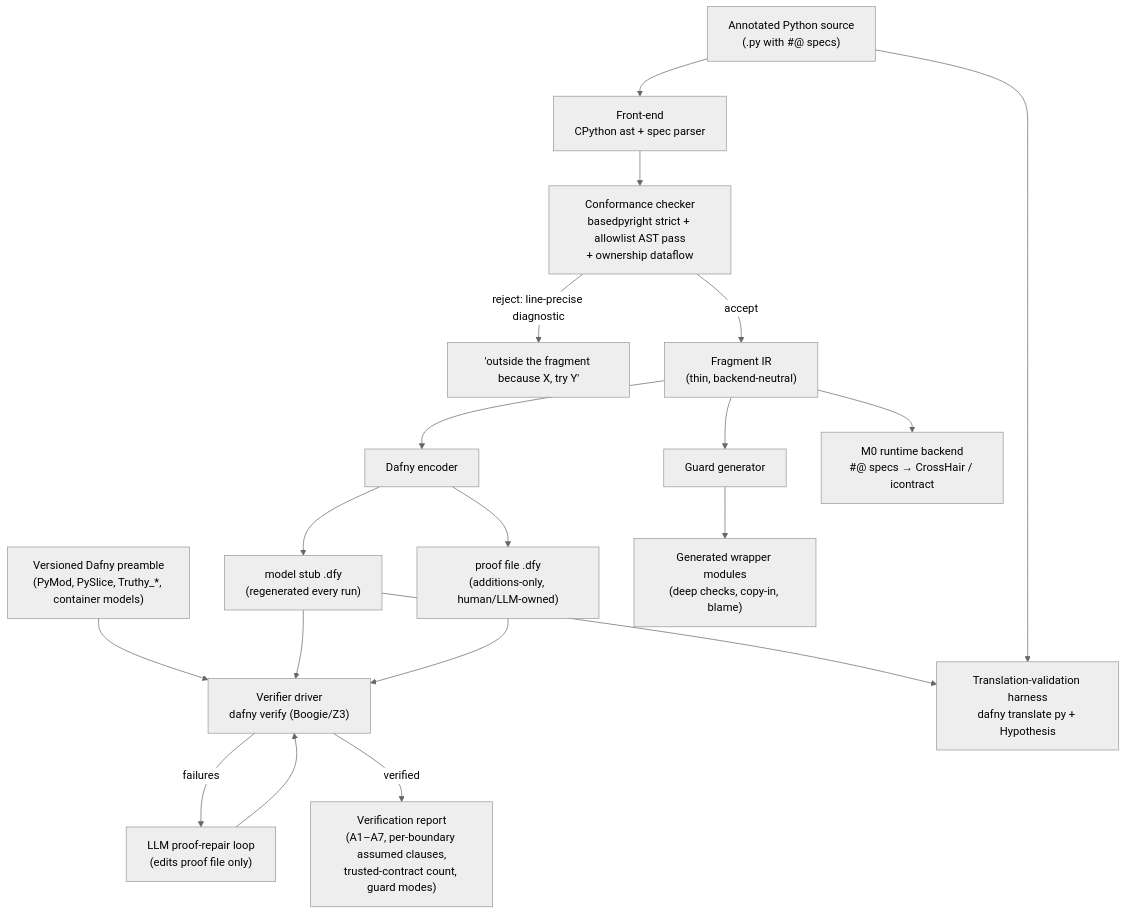
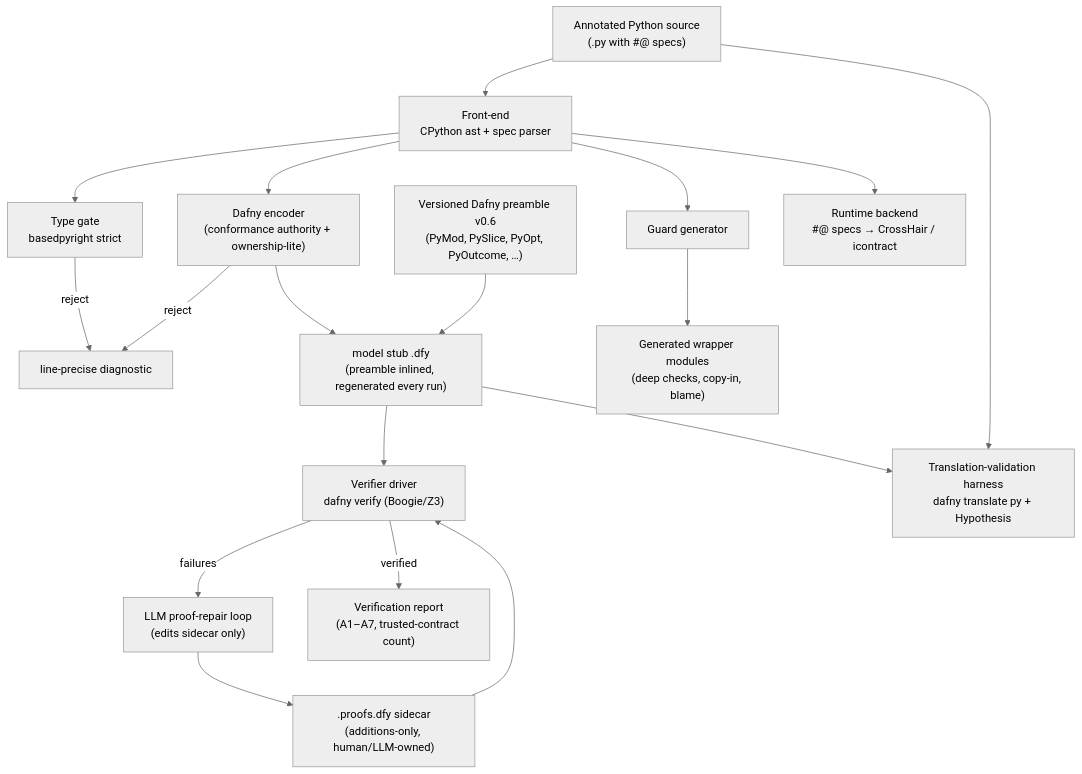
One commit to astrio-labs/veripy changed the diagram in docs/ARCHITECTURE.md. Above: the diagram before and after it, drawn with Mermaid (neutral theme). The commit also changed other lines of this file and 14 other files, not shown here.

````diff
--- a/docs/ARCHITECTURE.md
+++ b/docs/ARCHITECTURE.md
@@ -9,21 +11,20 @@
 ```mermaid
 flowchart TD
     SRC["Annotated Python source<br/>(.py with #@ specs)"] --> PARSE["Front-end<br/>CPython ast + spec parser"]
-    PARSE --> CONF["Conformance checker<br/>basedpyright strict + allowlist AST pass<br/>+ ownership dataflow"]
-    CONF -- "reject: line-precise diagnostic" --> DIAG["'outside the fragment because X, try Y'"]
-    CONF -- accept --> IR["Fragment IR<br/>(thin, backend-neutral)"]
-    IR --> ENC["Dafny encoder"]
-    ENC --> STUB["model stub .dfy<br/>(regenerated every run)"]
-    ENC --> PROOF["proof file .dfy<br/>(additions-only, human/LLM-owned)"]
-    PRE["Versioned Dafny preamble<br/>(PyMod, PySlice, Truthy_*, container models)"] --> VERIFY
+    PARSE --> GATE["Type gate<br/>basedpyright strict"]
+    GATE -- reject --> DIAG["line-precise diagnostic"]
+    PARSE --> ENC["Dafny encoder<br/>(conformance authority + ownership-lite)"]
+    ENC -- reject --> DIAG
+    ENC --> STUB["model stub .dfy<br/>(preamble inlined, regenerated every run)"]
+    SIDE["<stem>.proofs.dfy sidecar<br/>(additions-only, human/LLM-owned)"] --> VERIFY
+    PRE["Versioned Dafny preamble v0.6<br/>(PyMod, PySlice, PyOpt, PyOutcome, …)"] --> STUB
     STUB --> VERIFY["Verifier driver<br/>dafny verify (Boogie/Z3)"]
-    PROOF --> VERIFY
-    VERIFY -- failures --> AGENT["LLM proof-repair loop<br/>(edits proof file only)"]
-    AGENT --> VERIFY
-    VERIFY -- verified --> REPORT["Verification report<br/>(A1–A7, per-boundary assumed clauses,<br/>trusted-contract count, guard modes)"]
-    IR --> GUARD["Guard generator"]
+    VERIFY -- failures --> AGENT["LLM proof-repair loop<br/>(edits sidecar only)"]
+    AGENT --> SIDE
+    VERIFY -- verified --> REPORT["Verification report<br/>(A1–A7, trusted-contract count)"]
+    PARSE --> GUARD["Guard generator"]
     GUARD --> WRAP["Generated wrapper modules<br/>(deep checks, copy-in, blame)"]
     STUB --> DT["Translation-validation harness<br/>dafny translate py + Hypothesis"]
     SRC --> DT
-    IR --> M0["M0 runtime backend<br/>#@ specs → CrossHair / icontract"]
+    PARSE --> M0["Runtime backend<br/>#@ specs → CrossHair / icontract"]
 ```
````
